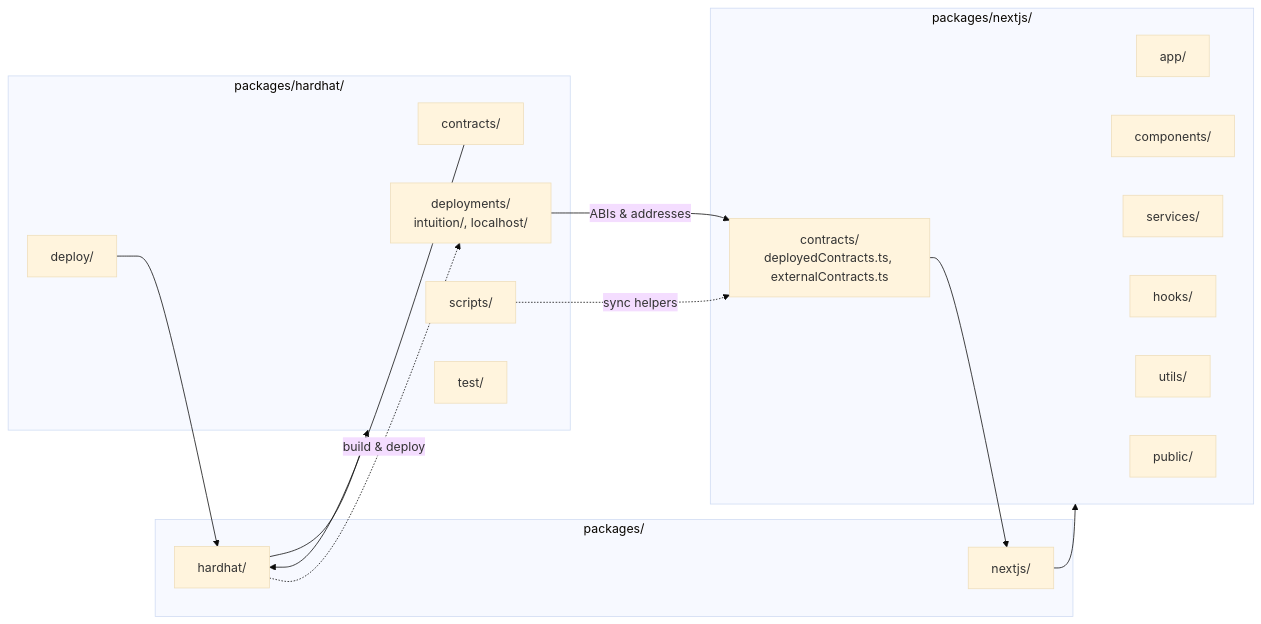
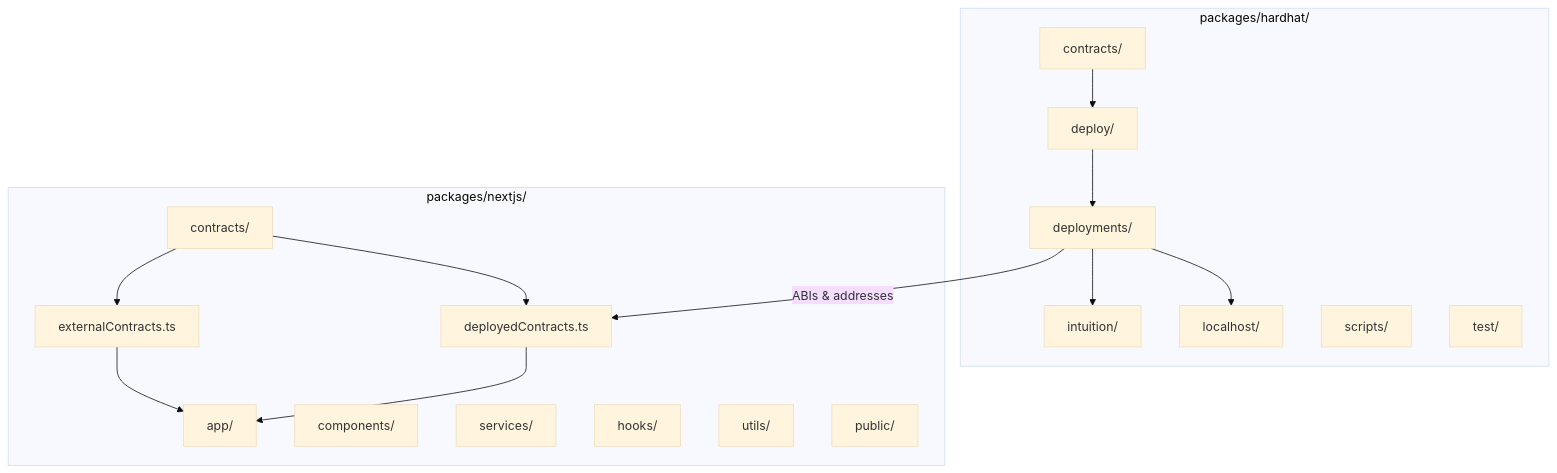
One commit to intuition-box/Meow changed the diagram in README.md. Above: the diagram before and after it, drawn with Mermaid (base theme).

Commit message:
docs: update monorepo structure diagram to use top-down flow and clearer relationships

````diff
--- a/README.md
+++ b/README.md
@@ -71,35 +71,41 @@
 ```mermaid
-flowchart LR
-  subgraph PACKAGES [packages/]
-    H[hardhat/]
-    N[nextjs/]
-  end
+flowchart TB
+  %% Top-down orientation so the diagram grows in height as needed
 
   subgraph HARDHAT [packages/hardhat/]
     C[contracts/]
     D[deploy/]
-    E[deployments/<br/>intuition/, localhost/]
+    E[deployments/]
+    Ei[intuition/]
+    El[localhost/]
     S[scripts/]
     T[test/]
   end
 
   subgraph NEXTJS [packages/nextjs/]
     A[app/]
     CMP[components/]
     SRV[services/]
-    CNT[contracts/<br/>deployedContracts.ts, externalContracts.ts]
+    CNT[contracts/]
+    DC[deployedContracts.ts]
+    EC[externalContracts.ts]
     HK[hooks/]
     U[utils/]
     PUB[public/]
   end
 
-  H --> HARDHAT
-  N --> NEXTJS
+  %% Structure inside hardhat
+  C --> D
+  D --> E
+  E --> Ei
+  E --> El
 
-  C --> H
-  D --> H
-  H -. build & deploy .-> E
-  E -- ABIs & addresses --> CNT
-  S -. sync helpers .-> CNT
-  CNT --> N
+  %% How nextjs consumes artifacts
+  E -- ABIs & addresses --> DC
+  CNT --> DC
+  CNT --> EC
+
+  %% App uses contracts config
+  DC --> A
+  EC --> A
 ```
````
